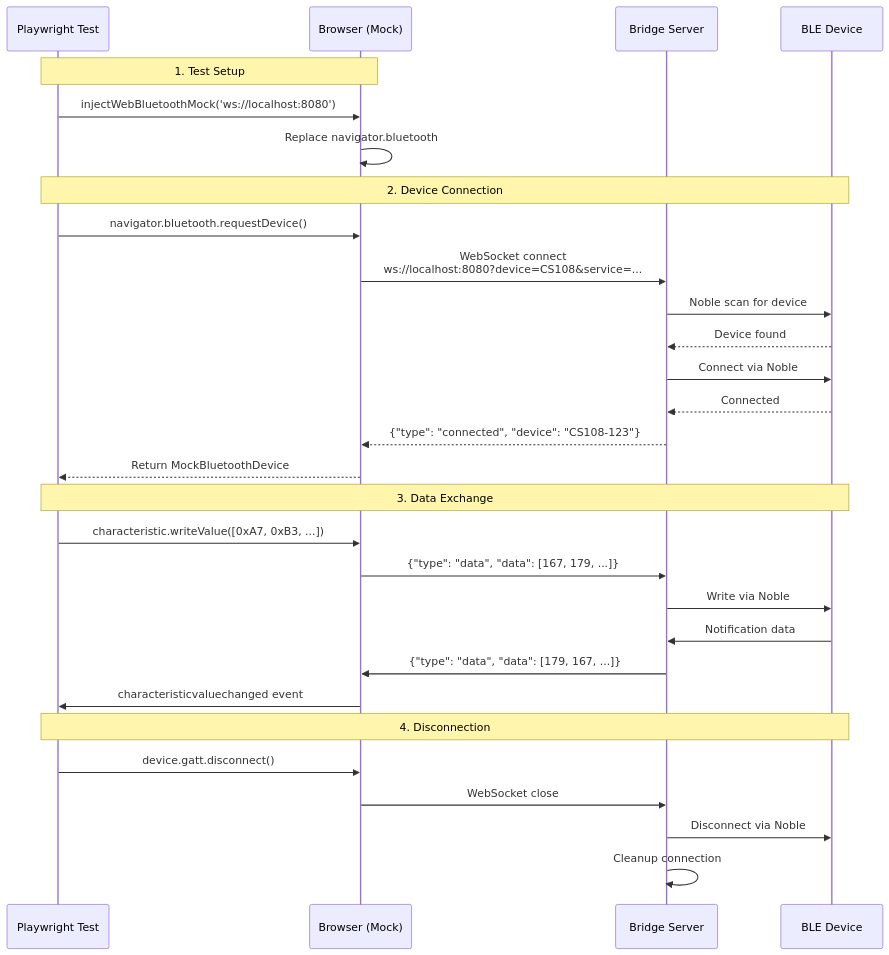
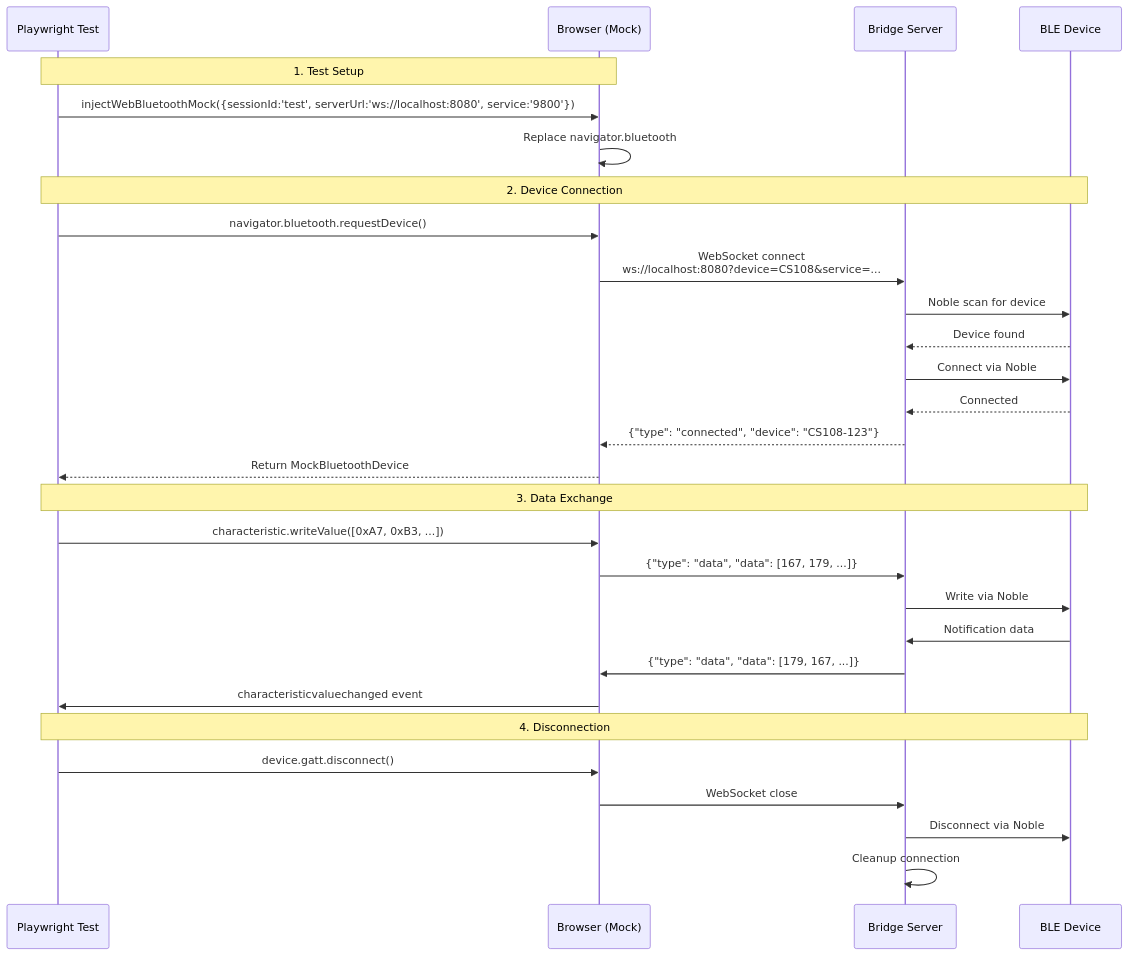
The diagram in README.md (ble-mcp-test/ble-mcp-test), drawn with Mermaid before and after one commit. The commit also changed other lines of this file and 57 other files, not shown here.

````diff
--- a/README.md
+++ b/README.md
@@ -30,36 +34,36 @@
 ```mermaid
 sequenceDiagram
     participant Test as Playwright Test
     participant Browser as Browser (Mock)
     participant Bridge as Bridge Server
     participant BLE as BLE Device
 
     Note over Test,Browser: 1. Test Setup
-    Test->>Browser: injectWebBluetoothMock('ws://localhost:8080')
+    Test->>Browser: injectWebBluetoothMock({sessionId:'test', serverUrl:'ws://localhost:8080', service:'9800'})
     Browser->>Browser: Replace navigator.bluetooth
 
     Note over Test,BLE: 2. Device Connection
     Test->>Browser: navigator.bluetooth.requestDevice()
     Browser->>Bridge: WebSocket connect<br/>ws://localhost:8080?device=CS108&service=...
     Bridge->>BLE: Noble scan for device
     BLE-->>Bridge: Device found
     Bridge->>BLE: Connect via Noble
     BLE-->>Bridge: Connected
     Bridge-->>Browser: {"type": "connected", "device": "CS108-123"}
     Browser-->>Test: Return MockBluetoothDevice
 
     Note over Test,BLE: 3. Data Exchange
     Test->>Browser: characteristic.writeValue([0xA7, 0xB3, ...])
     Browser->>Bridge: {"type": "data", "data": [167, 179, ...]}
     Bridge->>BLE: Write via Noble
     
     BLE->>Bridge: Notification data
     Bridge->>Browser: {"type": "data", "data": [179, 167, ...]}
     Browser->>Test: characteristicvaluechanged event
 
     Note over Test,BLE: 4. Disconnection
     Test->>Browser: device.gatt.disconnect()
     Browser->>Bridge: WebSocket close
     Bridge->>BLE: Disconnect via Noble
     Bridge->>Bridge: Cleanup connection
 ```
````
